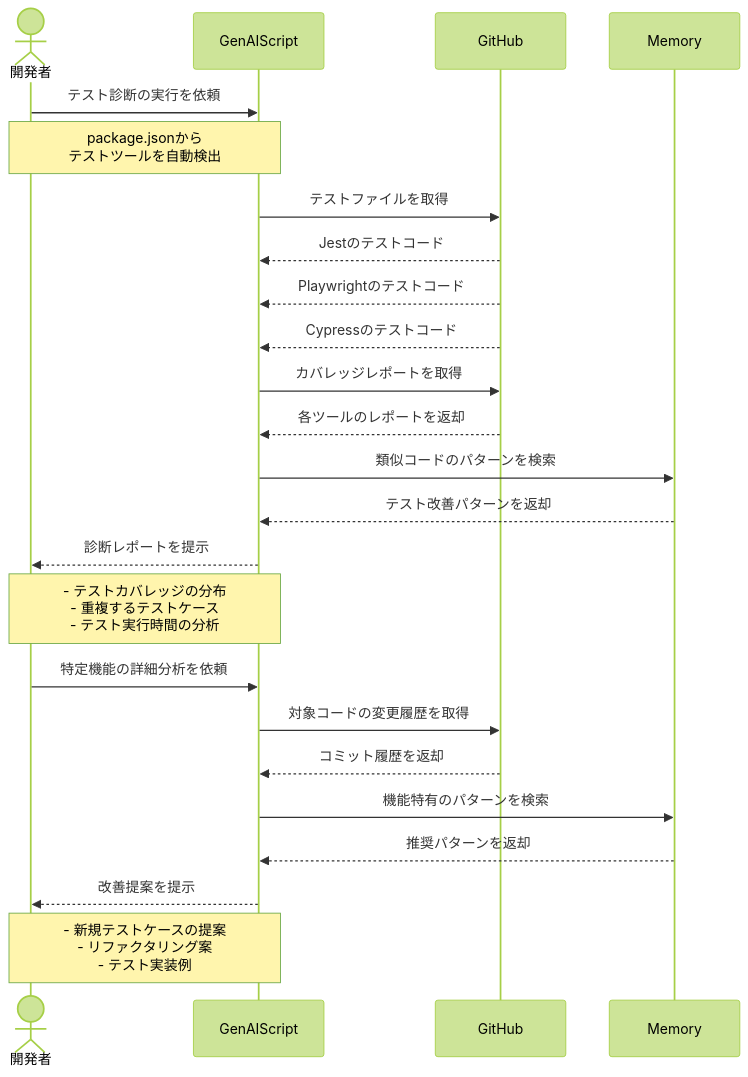
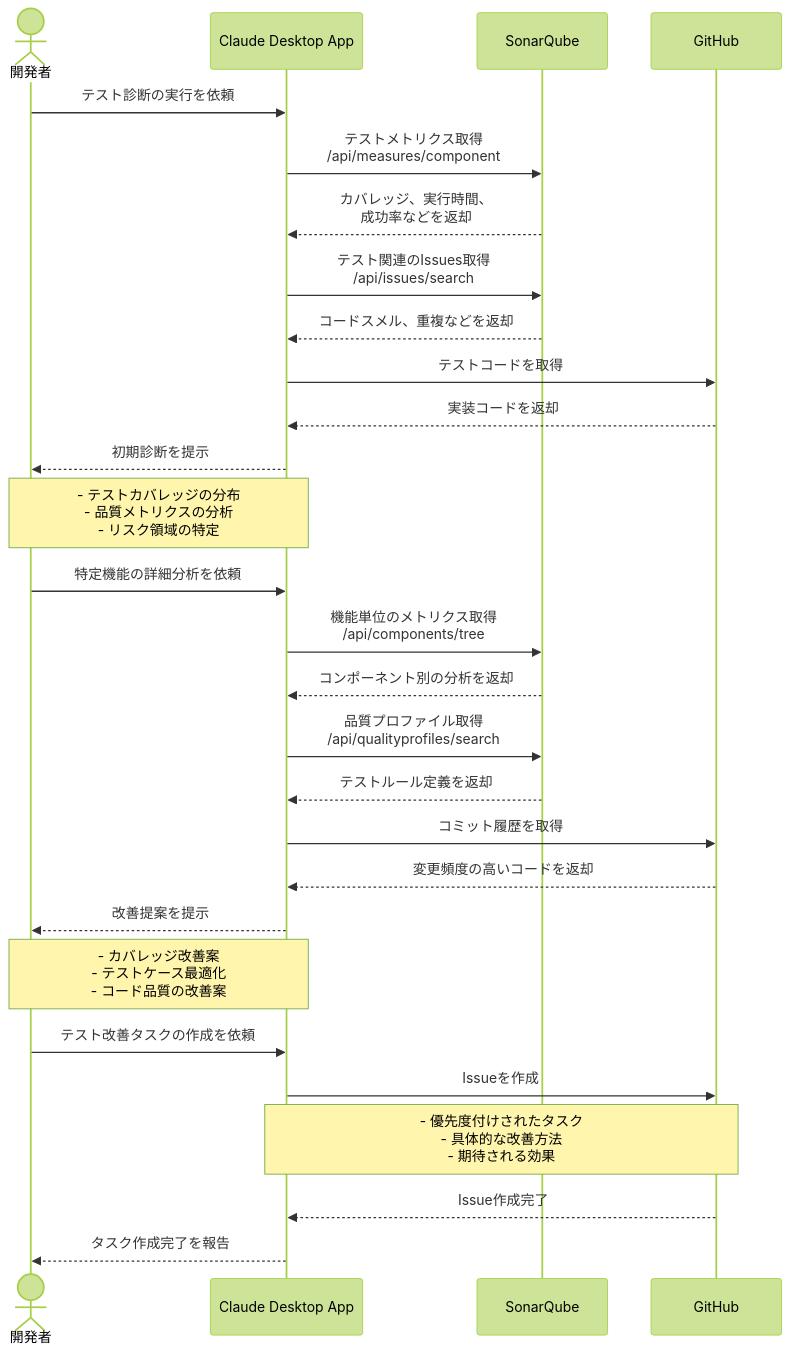
Before and after one commit to po-shu/mcp-100-ideas: the diagram in docs/02_エンジニア/テスト自動化の診断をする.md, drawn with Mermaid (forest theme). The commit also changed other lines of this file and 4 other files, not shown here.

````diff
--- a/docs/02_エンジニア/テスト自動化の診断をする.md
+++ b/docs/02_エンジニア/テスト自動化の診断をする.md
@@ -16,27 +16,33 @@
 ```mermaid
 sequenceDiagram
     actor User as 開発者
-    participant GAS as GenAIScript
+    participant C as Claude Desktop App
+    participant SQ as SonarQube
     participant GH as GitHub
-    participant MEM as Memory
 
-    User->>GAS: テスト診断の実行を依頼
-    Note over User,GAS: package.jsonから<br>テストツールを自動検出
-    GAS->>GH: テストファイルを取得
-    GH-->>GAS: Jestのテストコード
-    GH-->>GAS: Playwrightのテストコード
-    GH-->>GAS: Cypressのテストコード
-    GAS->>GH: カバレッジレポートを取得
-    GH-->>GAS: 各ツールのレポートを返却
-    GAS->>MEM: 類似コードのパターンを検索
-    MEM-->>GAS: テスト改善パターンを返却
-    GAS-->>User: 診断レポートを提示
-    Note over GAS,User: - テストカバレッジの分布<br>- 重複するテストケース<br>- テスト実行時間の分析
-    User->>GAS: 特定機能の詳細分析を依頼
-    GAS->>GH: 対象コードの変更履歴を取得
-    GH-->>GAS: コミット履歴を返却
-    GAS->>MEM: 機能特有のパターンを検索
-    MEM-->>GAS: 推奨パターンを返却
-    GAS-->>User: 改善提案を提示
-    Note over GAS,User: - 新規テストケースの提案<br>- リファクタリング案<br>- テスト実装例
+    User->>C: テスト診断の実行を依頼
+    C->>SQ: テストメトリクス取得<br>/api/measures/component
+    SQ-->>C: カバレッジ、実行時間、<br>成功率などを返却
+    C->>SQ: テスト関連のIssues取得<br>/api/issues/search
+    SQ-->>C: コードスメル、重複などを返却
+    C->>GH: テストコードを取得
+    GH-->>C: 実装コードを返却
+    C-->>User: 初期診断を提示
+    Note over C,User: - テストカバレッジの分布<br>- 品質メトリクスの分析<br>- リスク領域の特定
+
+    User->>C: 特定機能の詳細分析を依頼
+    C->>SQ: 機能単位のメトリクス取得<br>/api/components/tree
+    SQ-->>C: コンポーネント別の分析を返却
+    C->>SQ: 品質プロファイル取得<br>/api/qualityprofiles/search
+    SQ-->>C: テストルール定義を返却
+    C->>GH: コミット履歴を取得
+    GH-->>C: 変更頻度の高いコードを返却
+    C-->>User: 改善提案を提示
+    Note over C,User: - カバレッジ改善案<br>- テストケース最適化<br>- コード品質の改善案
+
+    User->>C: テスト改善タスクの作成を依頼
+    C->>GH: Issueを作成
+    Note over C,GH: - 優先度付けされたタスク<br>- 具体的な改善方法<br>- 期待される効果
+    GH-->>C: Issue作成完了
+    C-->>User: タスク作成完了を報告
 ```
````
